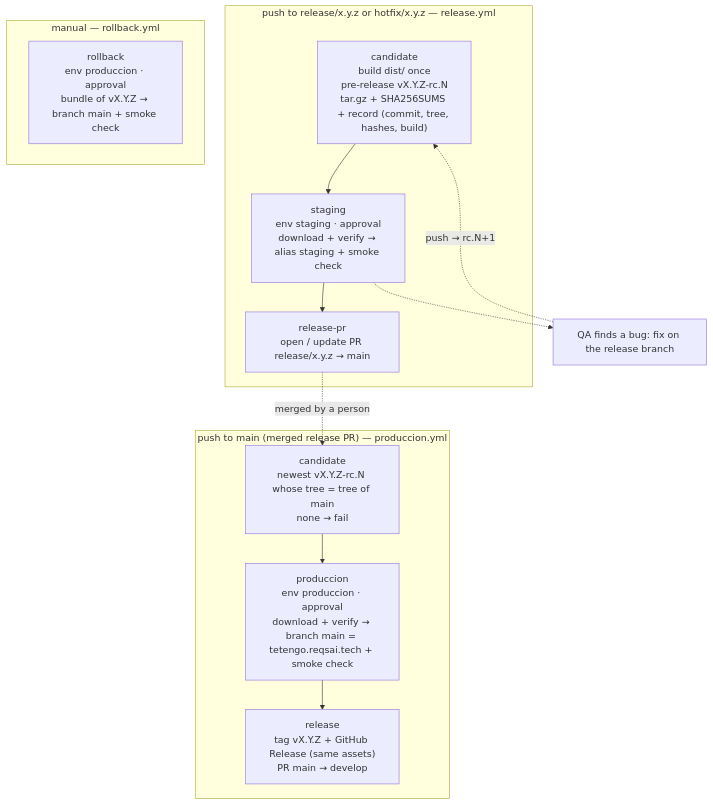
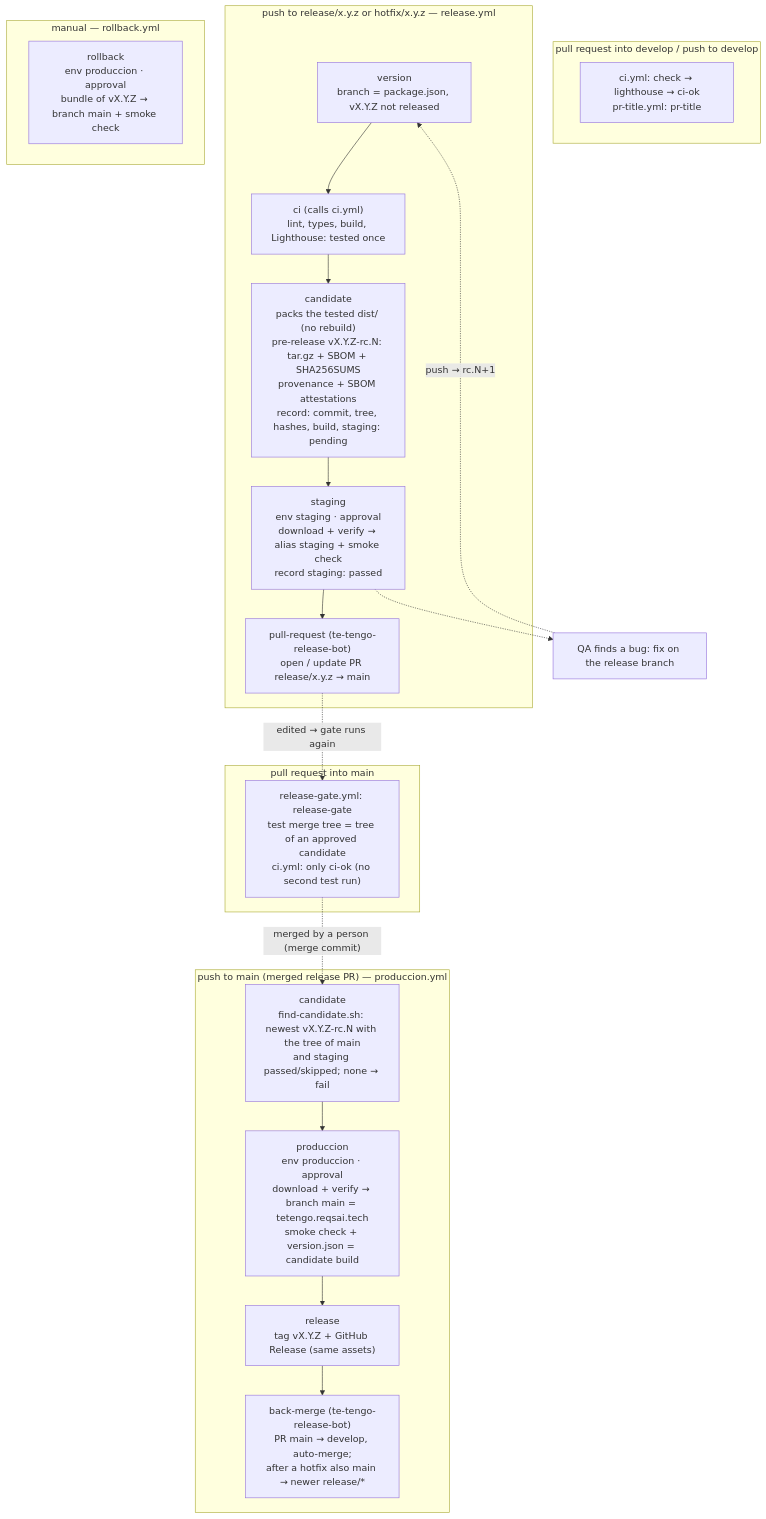
Before and after one commit to Te-Tengo-Tech/te-tengo-landing-astro: the diagram in docs/DEPLOY.md, drawn with Mermaid. The commit also changed other lines of this file and 4 other files, not shown here.

Commit message:
docs: describe the release gate, the release bot and the rollback rehearsal

````diff
--- a/docs/DEPLOY.md
+++ b/docs/DEPLOY.md
@@ -60,21 +66,31 @@
 ```mermaid
 flowchart TB
+  subgraph pr["pull request into develop / push to develop"]
+    CI1["ci.yml: check → lighthouse → ci-ok<br/>pr-title.yml: pr-title"]
+  end
   subgraph rel["push to release/x.y.z or hotfix/x.y.z — release.yml"]
-    C["candidate<br/>build dist/ once<br/>pre-release vX.Y.Z-rc.N<br/>tar.gz + SHA256SUMS + record (commit, tree, hashes, build)"]
-    S["staging<br/>env staging · approval<br/>download + verify → alias staging + smoke check"]
-    R["release-pr<br/>open / update PR release/x.y.z → main"]
-    C --> S --> R
+    V["version<br/>branch = package.json, vX.Y.Z not released"]
+    CI2["ci (calls ci.yml)<br/>lint, types, build, Lighthouse: tested once"]
+    C["candidate<br/>packs the tested dist/ (no rebuild)<br/>pre-release vX.Y.Z-rc.N: tar.gz + SBOM + SHA256SUMS<br/>provenance + SBOM attestations<br/>record: commit, tree, hashes, build, staging: pending"]
+    S["staging<br/>env staging · approval<br/>download + verify → alias staging + smoke check<br/>record staging: passed"]
+    R["pull-request (te-tengo-release-bot)<br/>open / update PR release/x.y.z → main"]
+    V --> CI2 --> C --> S --> R
+  end
+  subgraph gate["pull request into main"]
+    G["release-gate.yml: release-gate<br/>test merge tree = tree of an approved candidate<br/>ci.yml: only ci-ok (no second test run)"]
   end
   subgraph main["push to main (merged release PR) — produccion.yml"]
-    F["candidate<br/>newest vX.Y.Z-rc.N whose tree = tree of main<br/>none → fail"]
-    P["produccion<br/>env produccion · approval<br/>download + verify → branch main = tetengo.reqsai.tech + smoke check"]
-    T["release<br/>tag vX.Y.Z + GitHub Release (same assets)<br/>PR main → develop"]
-    F --> P --> T
+    F["candidate<br/>find-candidate.sh: newest vX.Y.Z-rc.N with the tree of main<br/>and staging passed/skipped; none → fail"]
+    P["produccion<br/>env produccion · approval<br/>download + verify → branch main = tetengo.reqsai.tech<br/>smoke check + version.json = candidate build"]
+    T["release<br/>tag vX.Y.Z + GitHub Release (same assets)"]
+    B["back-merge (te-tengo-release-bot)<br/>PR main → develop, auto-merge;<br/>after a hotfix also main → newer release/*"]
+    F --> P --> T --> B
   end
   subgraph rb["manual — rollback.yml"]
     RB["rollback<br/>env produccion · approval<br/>bundle of vX.Y.Z → branch main + smoke check"]
   end
-  R -. "merged by a person" .-> F
-  QA["QA finds a bug: fix on the release branch"] -. "push → rc.N+1" .-> C
+  R -. "edited → gate runs again" .-> G
+  G -. "merged by a person (merge commit)" .-> F
+  QA["QA finds a bug: fix on the release branch"] -. "push → rc.N+1" .-> V
   S -.-> QA
 ```
````
